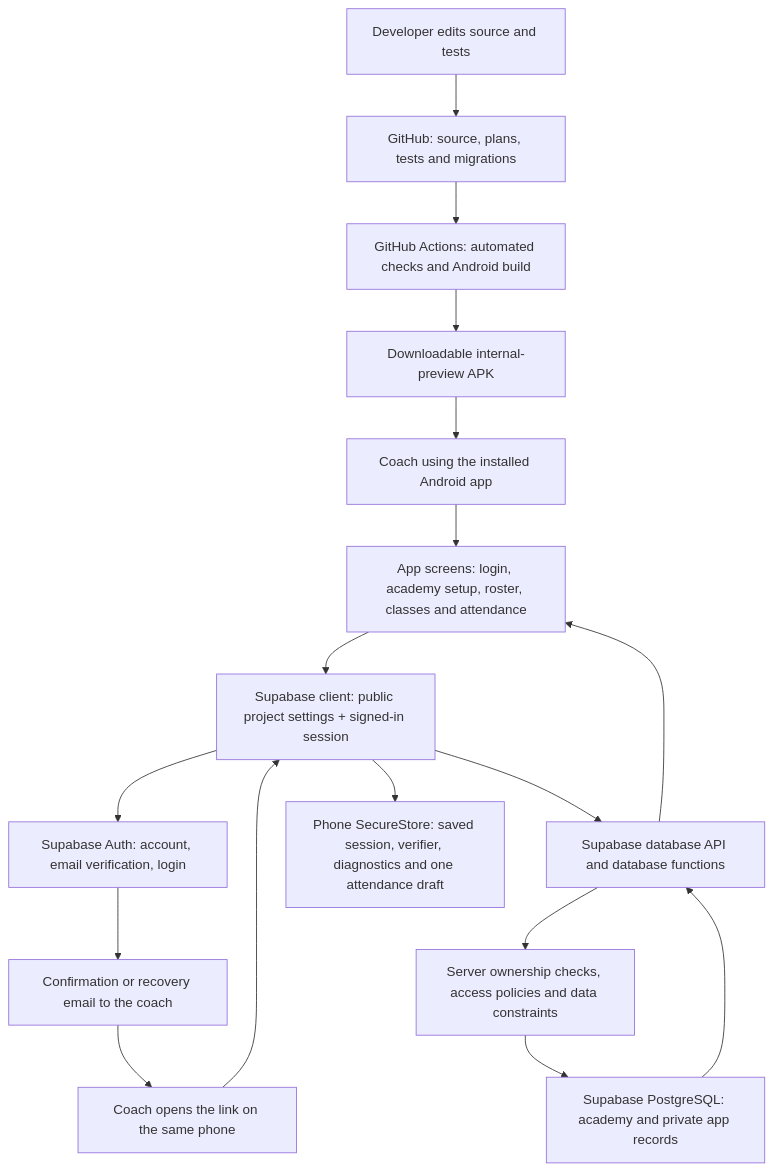
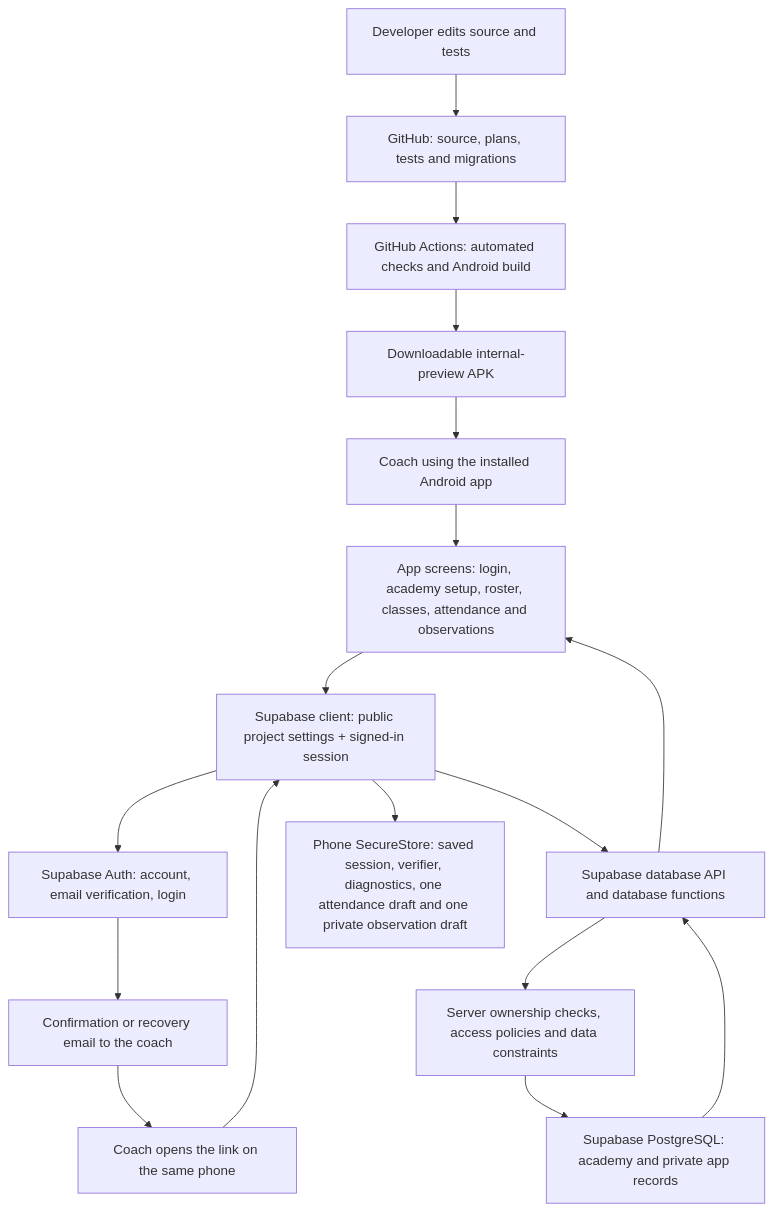
One commit to appsworld2027/Parent-plus- changed the first of 8 diagrams in docs/ARCHITECTURE.md. Above: the diagram before and after it, drawn with Mermaid. The commit also changed other lines of this file and 34 other files, not shown here.

Commit message:
Build private observations with durable drafts and revision-safe recording

````diff
--- a/docs/ARCHITECTURE.md
+++ b/docs/ARCHITECTURE.md
@@ -7,19 +7,19 @@
 ```mermaid
 flowchart TD
-    Coach["Coach using the installed Android app"] --> UI["App screens: login, academy setup, roster, classes and attendance"]
+    Coach["Coach using the installed Android app"] --> UI["App screens: login, academy setup, roster, classes, attendance and observations"]
     UI --> Client["Supabase client: public project settings + signed-in session"]
     Client --> Auth["Supabase Auth: account, email verification, login"]
     Auth --> Email["Confirmation or recovery email to the coach"]
     Email --> Link["Coach opens the link on the same phone"]
     Link --> Client
     Client --> API["Supabase database API and database functions"]
     API --> Rules["Server ownership checks, access policies and data constraints"]
     Rules --> DB["Supabase PostgreSQL: academy and private app records"]
     DB --> API
     API --> UI
-    Client --> Store["Phone SecureStore: saved session, verifier, diagnostics and one attendance draft"]
+    Client --> Store["Phone SecureStore: saved session, verifier, diagnostics, one attendance draft and one private observation draft"]
     Developer["Developer edits source and tests"] --> Git["GitHub: source, plans, tests and migrations"]
     Git --> Actions["GitHub Actions: automated checks and Android build"]
     Actions --> APK["Downloadable internal-preview APK"]
     APK --> Coach
 ```
````
